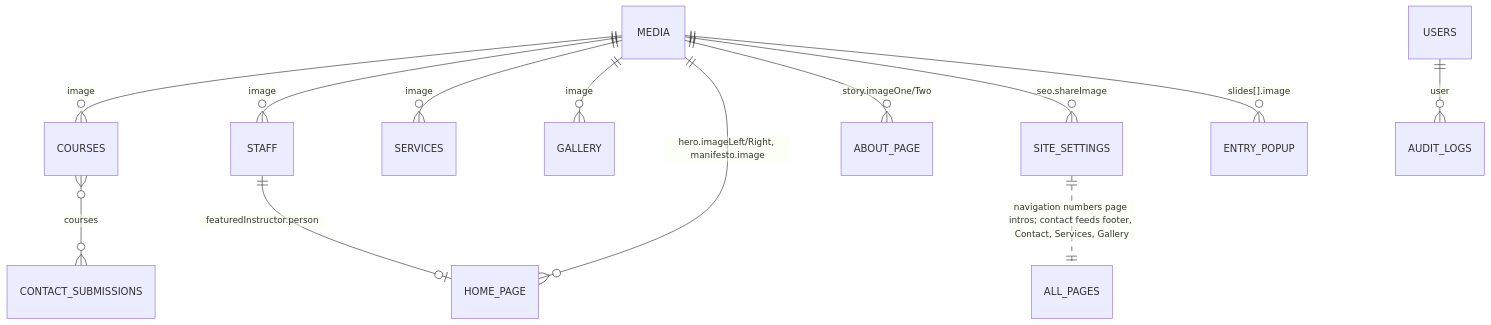
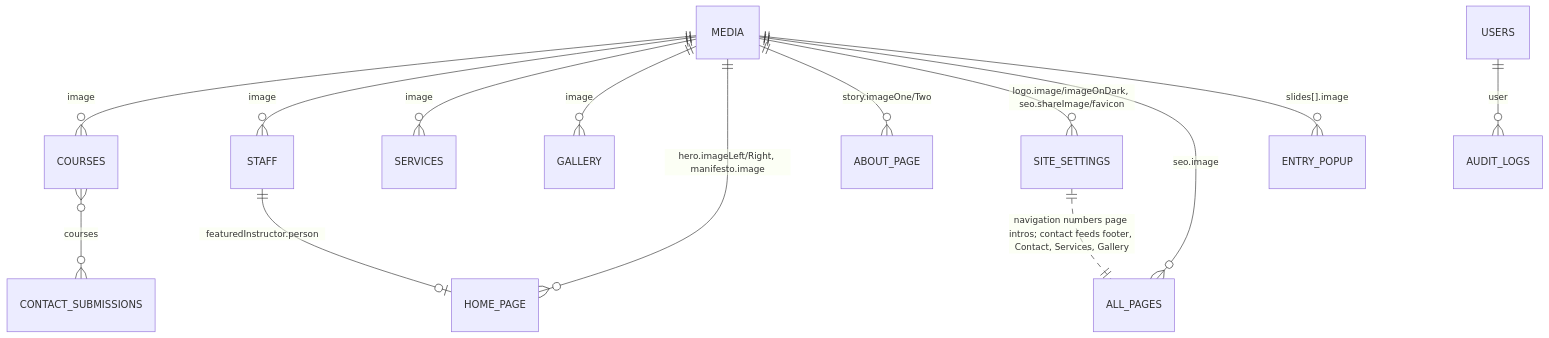
The diagram in DB_MAP.md (Threaten/sm-be), drawn with Mermaid before and after one commit. The commit also changed other lines of this file and 6 other files, not shown here.

````diff
--- a/DB_MAP.md
+++ b/DB_MAP.md
@@ -11,15 +11,16 @@
 ```mermaid
 erDiagram
   MEDIA ||--o{ COURSES : "image"
   MEDIA ||--o{ STAFF : "image"
   MEDIA ||--o{ SERVICES : "image"
   MEDIA ||--o{ GALLERY : "image"
   MEDIA ||--o{ HOME_PAGE : "hero.imageLeft/Right, manifesto.image"
   MEDIA ||--o{ ABOUT_PAGE : "story.imageOne/Two"
-  MEDIA ||--o{ SITE_SETTINGS : "seo.shareImage"
+  MEDIA ||--o{ SITE_SETTINGS : "logo.image/imageOnDark, seo.shareImage/favicon"
+  MEDIA ||--o{ ALL_PAGES : "seo.image"
   MEDIA ||--o{ ENTRY_POPUP : "slides[].image"
   STAFF ||--o| HOME_PAGE : "featuredInstructor.person"
   COURSES }o--o{ CONTACT_SUBMISSIONS : "courses"
   USERS ||--o{ AUDIT_LOGS : "user"
   SITE_SETTINGS ||..|| ALL_PAGES : "navigation numbers page intros; contact feeds footer, Contact, Services, Gallery"
 ```
````
